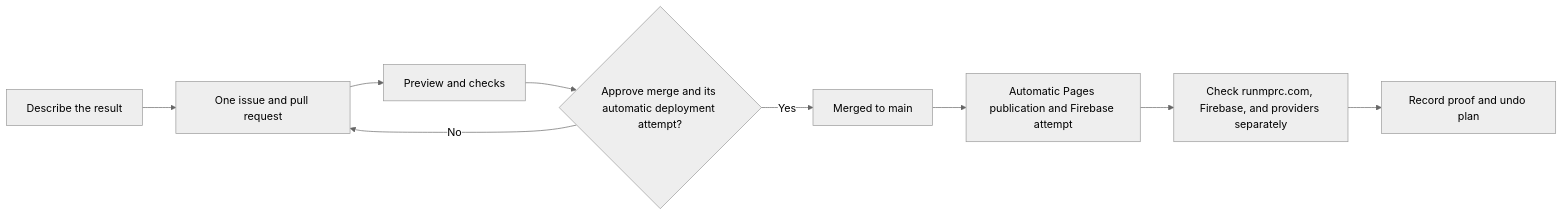
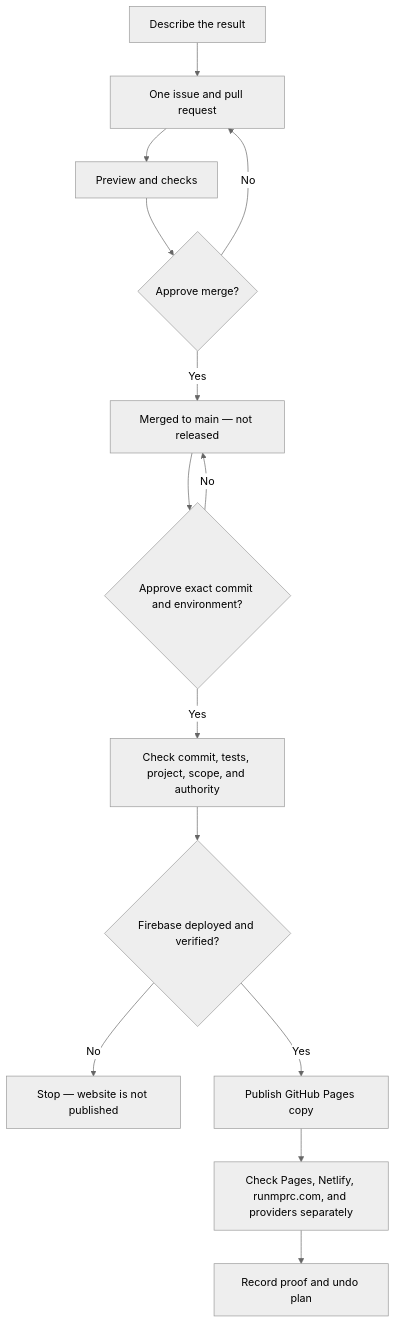
One commit to Run-MPRC/Run-MPRC.github.io changed the diagram in OFFICER_HANDBOOK.md. Above: the diagram before and after it, drawn with Mermaid (neutral theme). The commit also changed other lines of this file and 22 other files, not shown here.

````diff
--- a/OFFICER_HANDBOOK.md
+++ b/OFFICER_HANDBOOK.md
@@ -11,11 +11,16 @@
 ```mermaid
-flowchart LR
+flowchart TD
     Ask["Describe the result"] --> Track["One issue and pull request"]
     Track --> Preview["Preview and checks"]
-    Preview --> Approve{"Approve merge and its automatic deployment attempt?"}
+    Preview --> Approve{"Approve merge?"}
     Approve -- "No" --> Track
-    Approve -- "Yes" --> Merged["Merged to main"]
-    Merged --> Auto["Automatic Pages publication and Firebase attempt"]
-    Auto --> Verify["Check runmprc.com, Firebase, and providers separately"]
+    Approve -- "Yes" --> Merged["Merged to main — not released"]
+    Merged --> Release{"Approve exact commit and environment?"}
+    Release -- "No" --> Merged
+    Release -- "Yes" --> Preflight["Check commit, tests, project, scope, and authority"]
+    Preflight --> Backend{"Firebase deployed and verified?"}
+    Backend -- "No" --> Stop["Stop — website is not published"]
+    Backend -- "Yes" --> Pages["Publish GitHub Pages copy"]
+    Pages --> Verify["Check Pages, Netlify, runmprc.com, and providers separately"]
     Verify --> Record["Record proof and undo plan"]
 ```
````
